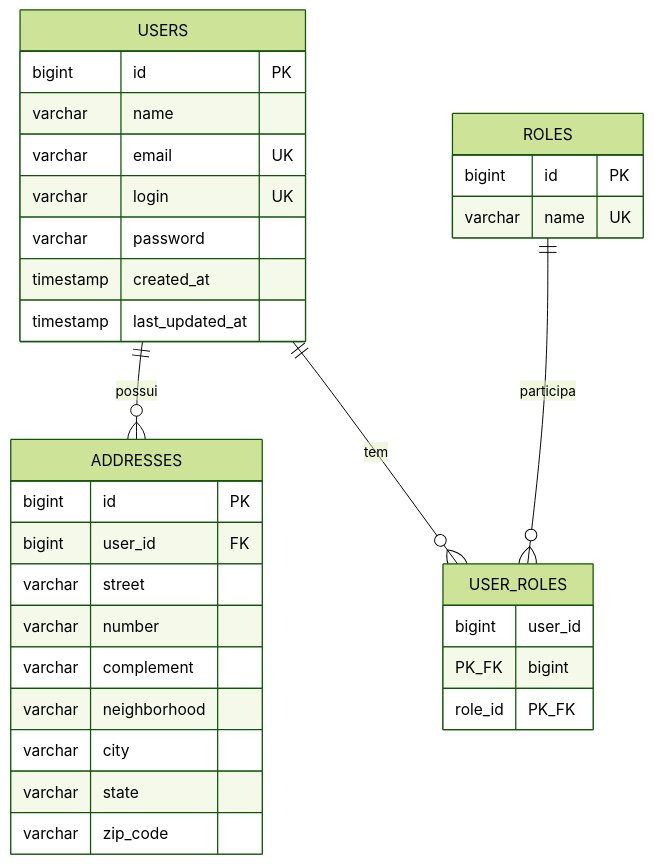
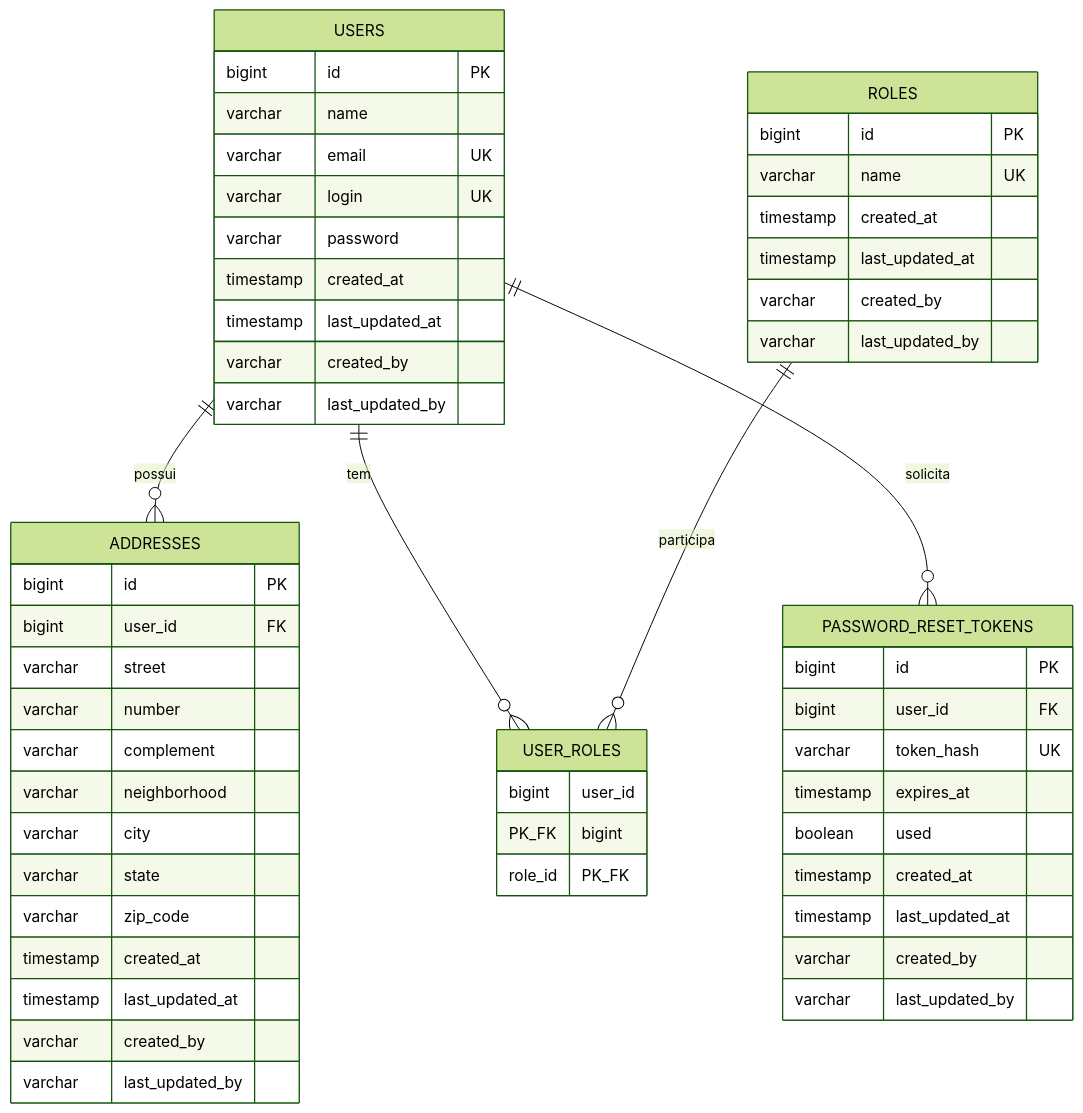
The second of 2 diagrams in fase-01/relatorios/camadas/relatorio-tech-challenge-fase01-v1.1.md (felipe11dias/postech-restaurantes-app), drawn with Mermaid (forest theme) before and after one commit. The commit also changed other lines of this file and 13 other files, not shown here.

````diff
--- a/fase-01/relatorios/camadas/relatorio-tech-challenge-fase01-v1.1.md
+++ b/fase-01/relatorios/camadas/relatorio-tech-challenge-fase01-v1.1.md
@@ -233,34 +249,56 @@
 ```mermaid
 erDiagram
     USERS ||--o{ ADDRESSES : possui
     USERS ||--o{ USER_ROLES : tem
+    USERS ||--o{ PASSWORD_RESET_TOKENS : solicita
     ROLES ||--o{ USER_ROLES : participa
     USERS {
         bigint id PK
         varchar name
         varchar email UK
         varchar login UK
         varchar password
         timestamp created_at
         timestamp last_updated_at
+        varchar created_by
+        varchar last_updated_by
     }
     ROLES {
         bigint id PK
         varchar name UK
+        timestamp created_at
+        timestamp last_updated_at
+        varchar created_by
+        varchar last_updated_by
     }
     USER_ROLES {
         bigint user_id PK_FK
         bigint role_id PK_FK
     }
     ADDRESSES {
         bigint id PK
         bigint user_id FK
         varchar street
         varchar number
         varchar complement
         varchar neighborhood
         varchar city
         varchar state
         varchar zip_code
+        timestamp created_at
+        timestamp last_updated_at
+        varchar created_by
+        varchar last_updated_by
+    }
+    PASSWORD_RESET_TOKENS {
+        bigint id PK
+        bigint user_id FK
+        varchar token_hash UK
+        timestamp expires_at
+        boolean used
+        timestamp created_at
+        timestamp last_updated_at
+        varchar created_by
+        varchar last_updated_by
     }
 ```
````
